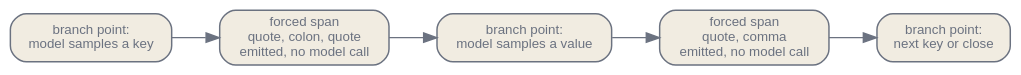
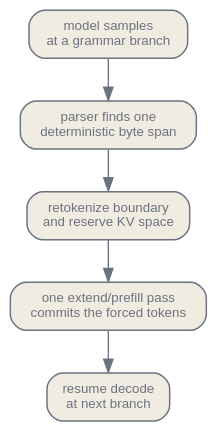
Before and after one commit to latere-ai/ai-as-an-infrastructure: the second of 2 diagrams in en/inference/05-structured-long-context.qmd, drawn with Graphviz. The commit also changed other lines of this file and 4 other files, not shown here.

````diff
--- a/en/inference/05-structured-long-context.qmd
+++ b/en/inference/05-structured-long-context.qmd
@@ -91,20 +180,17 @@
 ```{dot}
 //| label: fig-slc-jumpforward
-//| fig-cap: "Jump-forward decoding over a compressed FSM. Forced spans collapse to a single edge emitted without a model call, after Yin et al. (2024)."
+//| fig-cap: "Jump-forward processing. A sampled branch is followed by a deterministic byte span; the runtime retokenizes the boundary and extends model state for the whole span before sampling again."
 digraph {
   bgcolor="transparent";
-  rankdir=LR;
-  nodesep=0.4; ranksep=0.5;
+  rankdir=TB;
+  nodesep=0.35; ranksep=0.45;
   node [shape=box, style="rounded,filled", fontname="Helvetica", fontsize=10, color="#6b7280", fontcolor="#6b7280", fillcolor="#f1ece1", penwidth=1.1];
-  edge [fontsize=10, fontname="Helvetica", color="#6b7280", fontcolor="#6b7280"];
-  B1 [label="branch point:\nmodel samples a key"];
-  F1 [label="forced span\nquote, colon, quote\nemitted, no model call"];
-  B2 [label="branch point:\nmodel samples a value"];
-  F2 [label="forced span\nquote, comma\nemitted, no model call"];
-  B3 [label="branch point:\nnext key or close"];
-  B1 -> F1;
-  F1 -> B2;
-  B2 -> F2;
-  F2 -> B3;
+  edge [fontsize=9, fontname="Helvetica", color="#6b7280", fontcolor="#6b7280"];
+  B1 [label="model samples\nat a grammar branch"];
+  F [label="parser finds one\ndeterministic byte span"];
+  R [label="retokenize boundary\nand reserve KV space"];
+  E [label="one extend/prefill pass\ncommits the forced tokens"];
+  B2 [label="resume decode\nat next branch"];
+  B1 -> F -> R -> E -> B2;
 }
 ```
````
